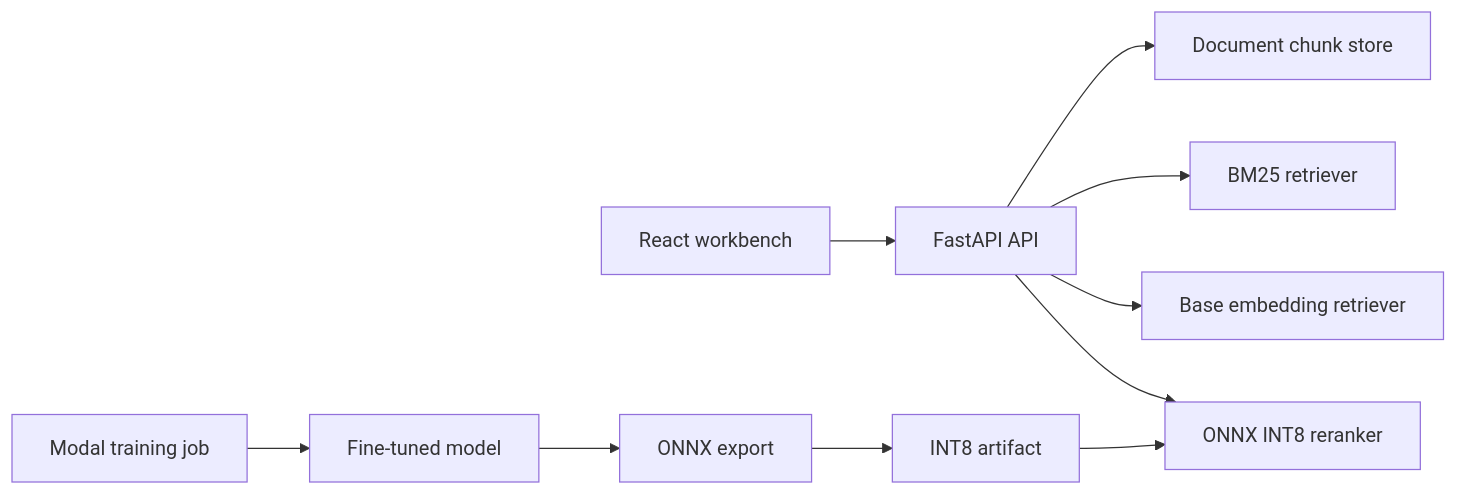
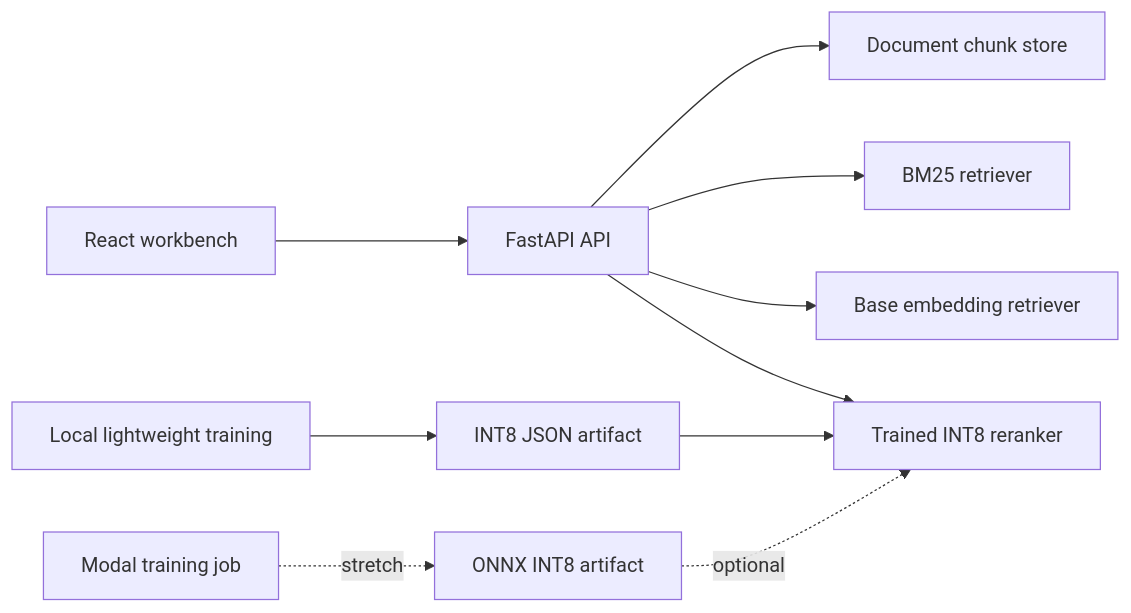
One commit to jahnavi-yelamanchi/semantic-reranker-search changed the diagram in README.md. Above: the diagram before and after it, drawn with Mermaid. The commit also changed other lines of this file, not shown here.

Commit message:
Center README on working INT8 reranker

````diff
--- a/README.md
+++ b/README.md
@@ -17,12 +17,12 @@
 ```mermaid
 flowchart LR
   A[React workbench] --> B[FastAPI API]
   B --> C[Document chunk store]
   B --> D[BM25 retriever]
   B --> E[Base embedding retriever]
-  B --> F[ONNX INT8 reranker]
-  G[Modal training job] --> H[Fine-tuned model]
-  H --> I[ONNX export]
-  I --> J[INT8 artifact]
-  J --> F
+  B --> F[Trained INT8 reranker]
+  G[Local lightweight training] --> H[INT8 JSON artifact]
+  H --> F
+  I[Modal training job] -. stretch .-> J[ONNX INT8 artifact]
+  J -. optional .-> F
 ```
````
